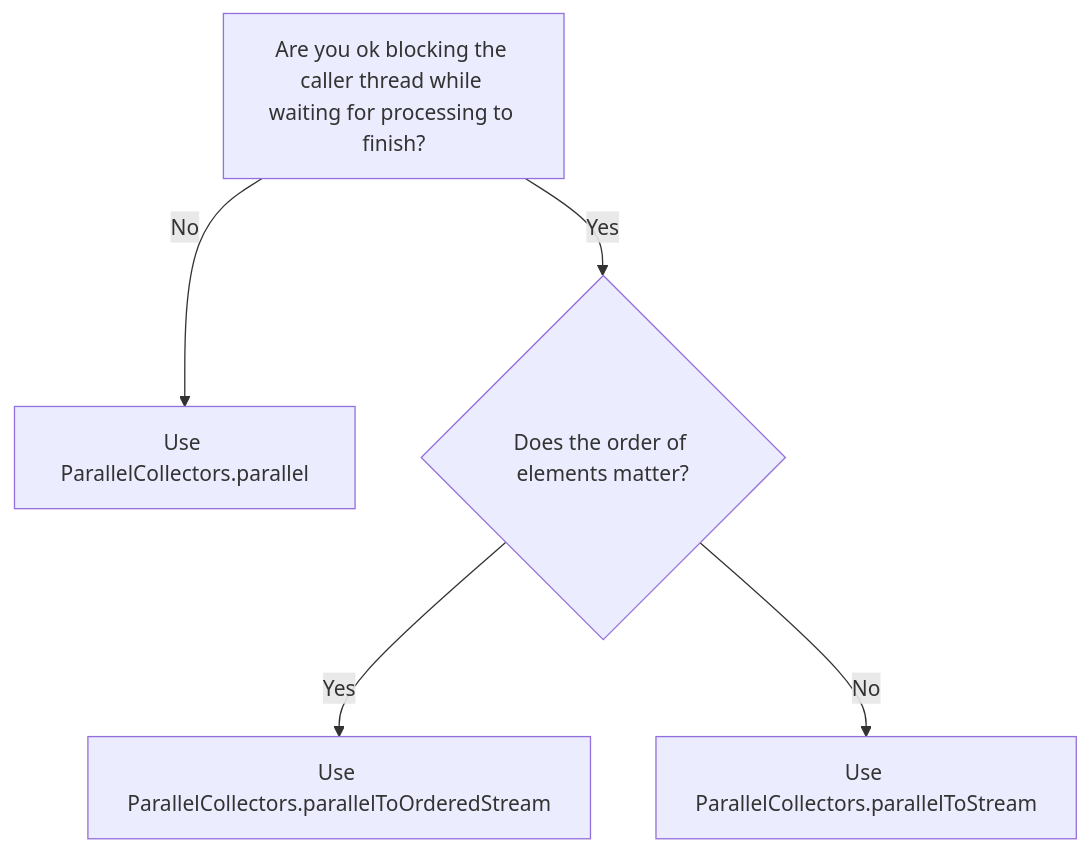
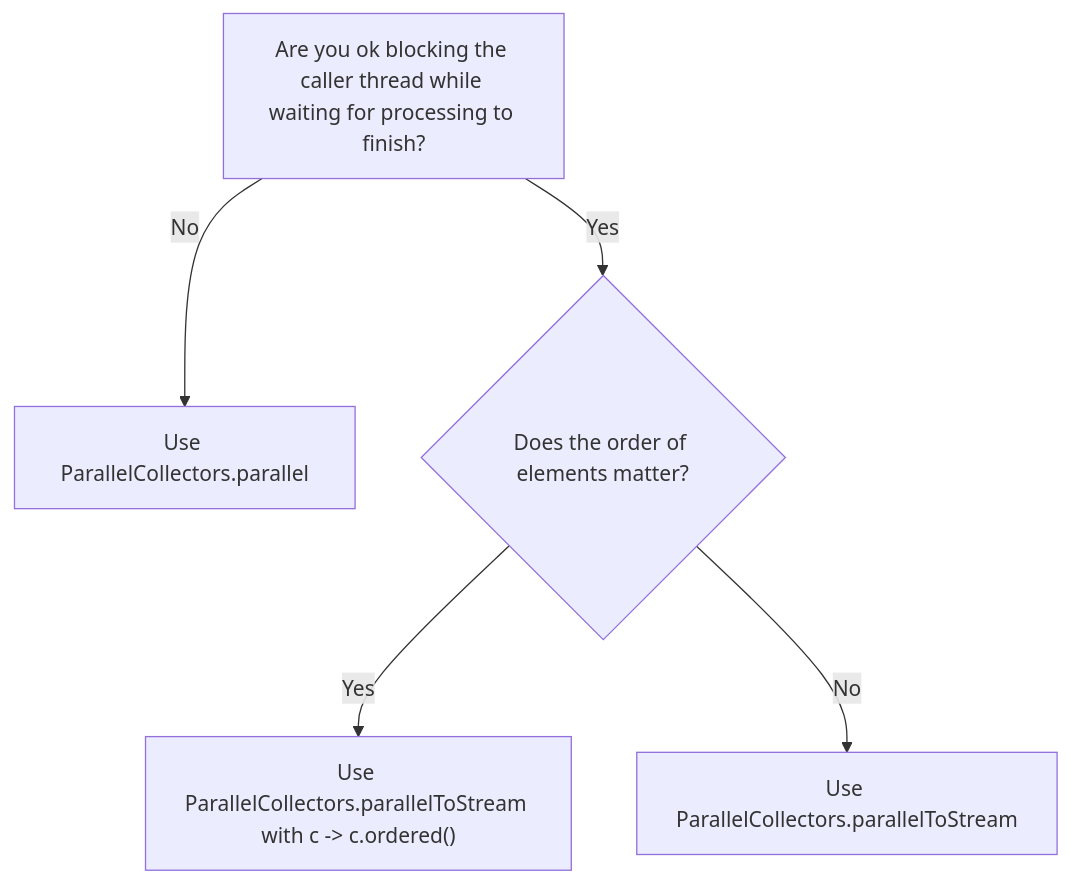
One commit to pivovarit/parallel-collectors changed the diagram in README.md. Above: the diagram before and after it, drawn with Mermaid. The commit also changed other lines of this file and 9 other files, not shown here.

````diff
--- a/README.md
+++ b/README.md
@@ -90,9 +90,9 @@
 ```mermaid
 flowchart TD
 
 A[Are you ok blocking the caller thread while waiting for processing to finish?] -->|No| B[Use ParallelCollectors.parallel]
 A -->|Yes| C{Does the order of elements matter?}
 
-C -->|Yes| D[Use ParallelCollectors.parallelToOrderedStream]
+C -->|Yes| D["Use ParallelCollectors.parallelToStream with c -> c.ordered()"]
 C -->|No| E[Use ParallelCollectors.parallelToStream]
 ```
````
